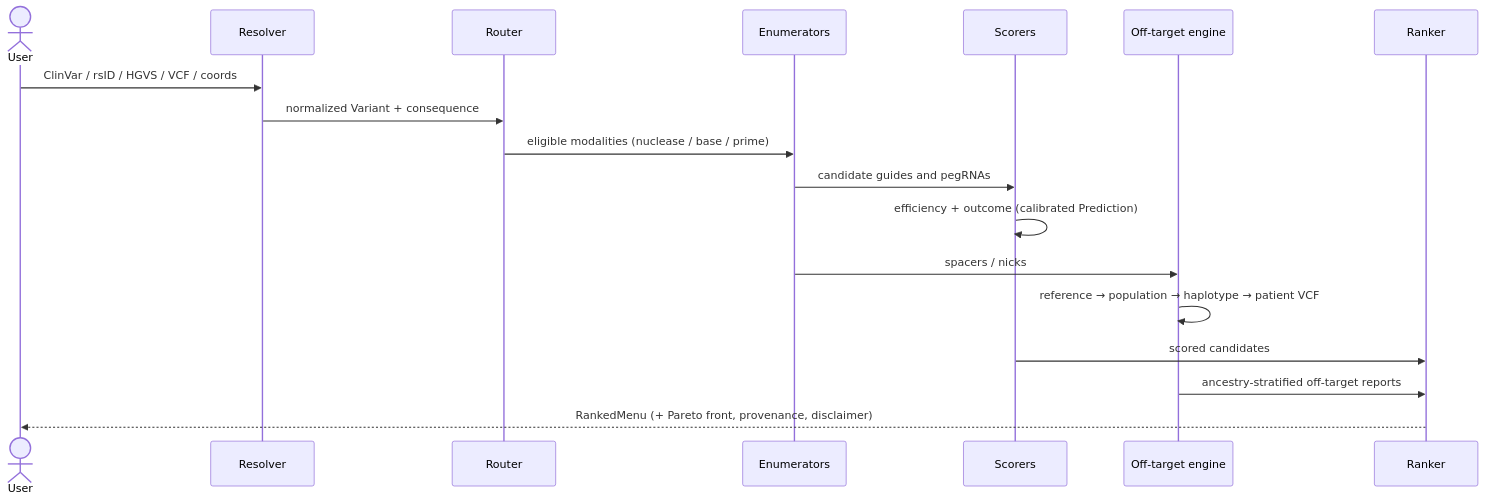
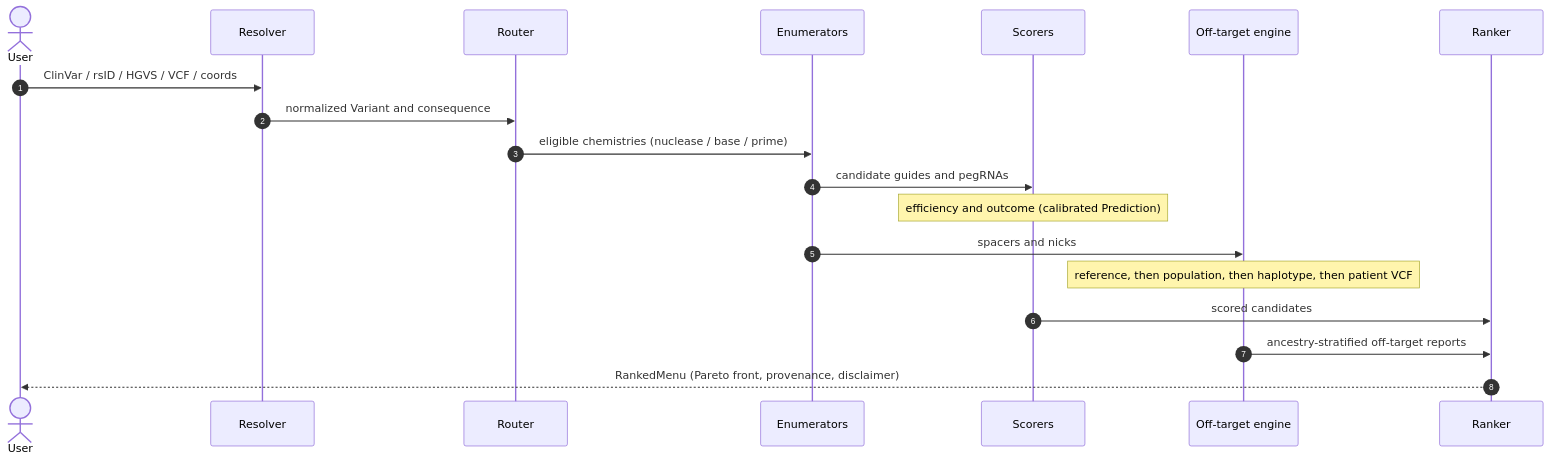
Before and after one commit to clay-good/alleleforge: the second of 8 diagrams in README.md, drawn with Mermaid. The commit also changed other lines of this file and 21 other files, not shown here.

````diff
--- a/README.md
+++ b/README.md
@@ -107,21 +107,22 @@
 ```mermaid
 sequenceDiagram
+    autonumber
     actor U as User
     participant R as Resolver
     participant Rt as Router
     participant E as Enumerators
     participant S as Scorers
     participant X as Off-target engine
     participant K as Ranker
 
     U->>R: ClinVar / rsID / HGVS / VCF / coords
-    R->>Rt: normalized Variant + consequence
-    Rt->>E: eligible modalities (nuclease / base / prime)
+    R->>Rt: normalized Variant and consequence
+    Rt->>E: eligible chemistries (nuclease / base / prime)
     E->>S: candidate guides and pegRNAs
-    S->>S: efficiency + outcome (calibrated Prediction)
-    E->>X: spacers / nicks
-    X->>X: reference → population → haplotype → patient VCF
+    Note over S: efficiency and outcome (calibrated Prediction)
+    E->>X: spacers and nicks
+    Note over X: reference, then population, then haplotype, then patient VCF
     S->>K: scored candidates
     X->>K: ancestry-stratified off-target reports
-    K-->>U: RankedMenu (+ Pareto front, provenance, disclaimer)
+    K-->>U: RankedMenu (Pareto front, provenance, disclaimer)
 ```
````
